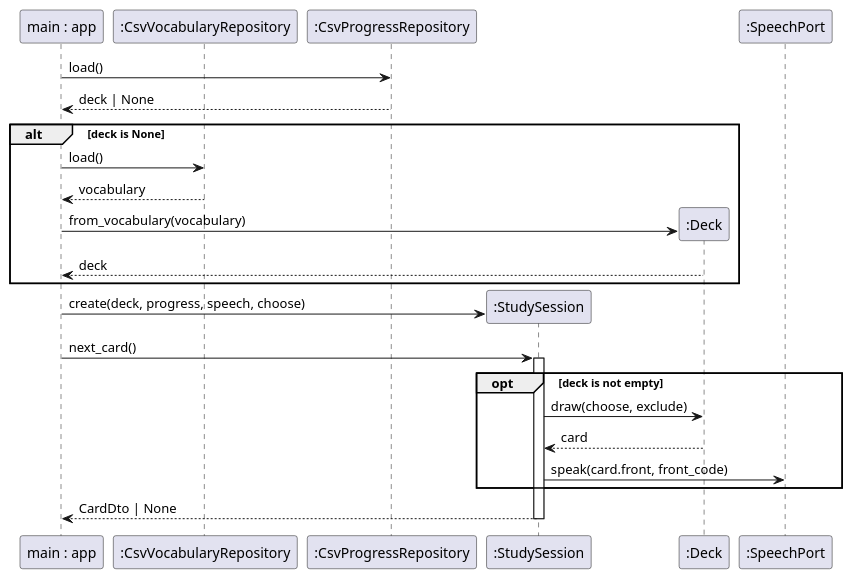
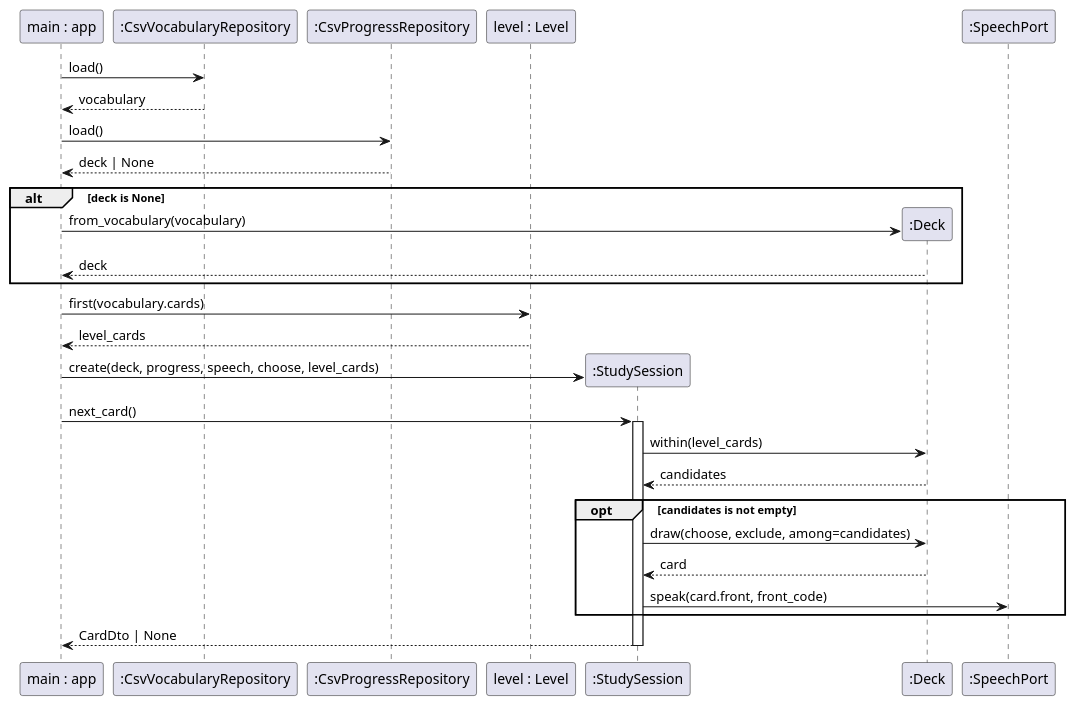
The second of 4 diagrams in docs/uc-001/sd.md (Tirsvad-Udemy-100-days-of-code/031-flash-card), drawn with PlantUML before and after one commit. The commit also changed other lines of this file and 24 other files, not shown here.

First line of the commit message:
MIL-008 plan and design: choose level (100, 1000 or all words)

````diff
--- a/docs/uc-001/sd.md
+++ b/docs/uc-001/sd.md
@@ -22,30 +55,35 @@
 ```plantuml
 @startuml
 participant "main : app" as M
 participant ":CsvVocabularyRepository" as VR
 participant ":CsvProgressRepository" as PR
+participant "level : Level" as L
 participant ":StudySession" as S
 participant ":Deck" as D
 participant ":SpeechPort" as SP
+M -> VR : load()
+VR --> M : vocabulary
 M -> PR : load()
 PR --> M : deck | None
 alt deck is None
-  M -> VR : load()
-  VR --> M : vocabulary
   create D
   M -> D : from_vocabulary(vocabulary)
   D --> M : deck
 end
+M -> L : first(vocabulary.cards)
+L --> M : level_cards
 create S
-M -> S : create(deck, progress, speech, choose)
+M -> S : create(deck, progress, speech, choose, level_cards)
 M -> S : next_card()
 activate S
-opt deck is not empty
-  S -> D : draw(choose, exclude)
+S -> D : within(level_cards)
+D --> S : candidates
+opt candidates is not empty
+  S -> D : draw(choose, exclude, among=candidates)
   D --> S : card
   S -> SP : speak(card.front, front_code)
 end
 S --> M : CardDto | None
 deactivate S
 @enduml
 ```
````
